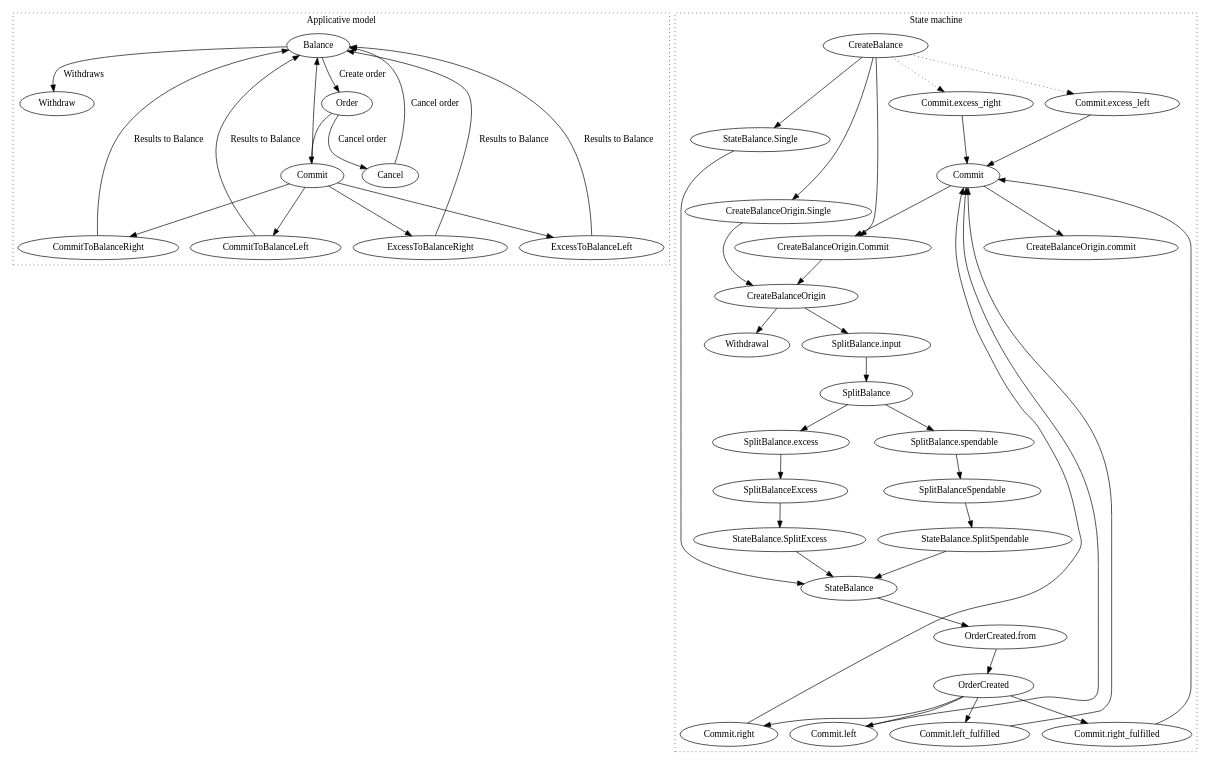
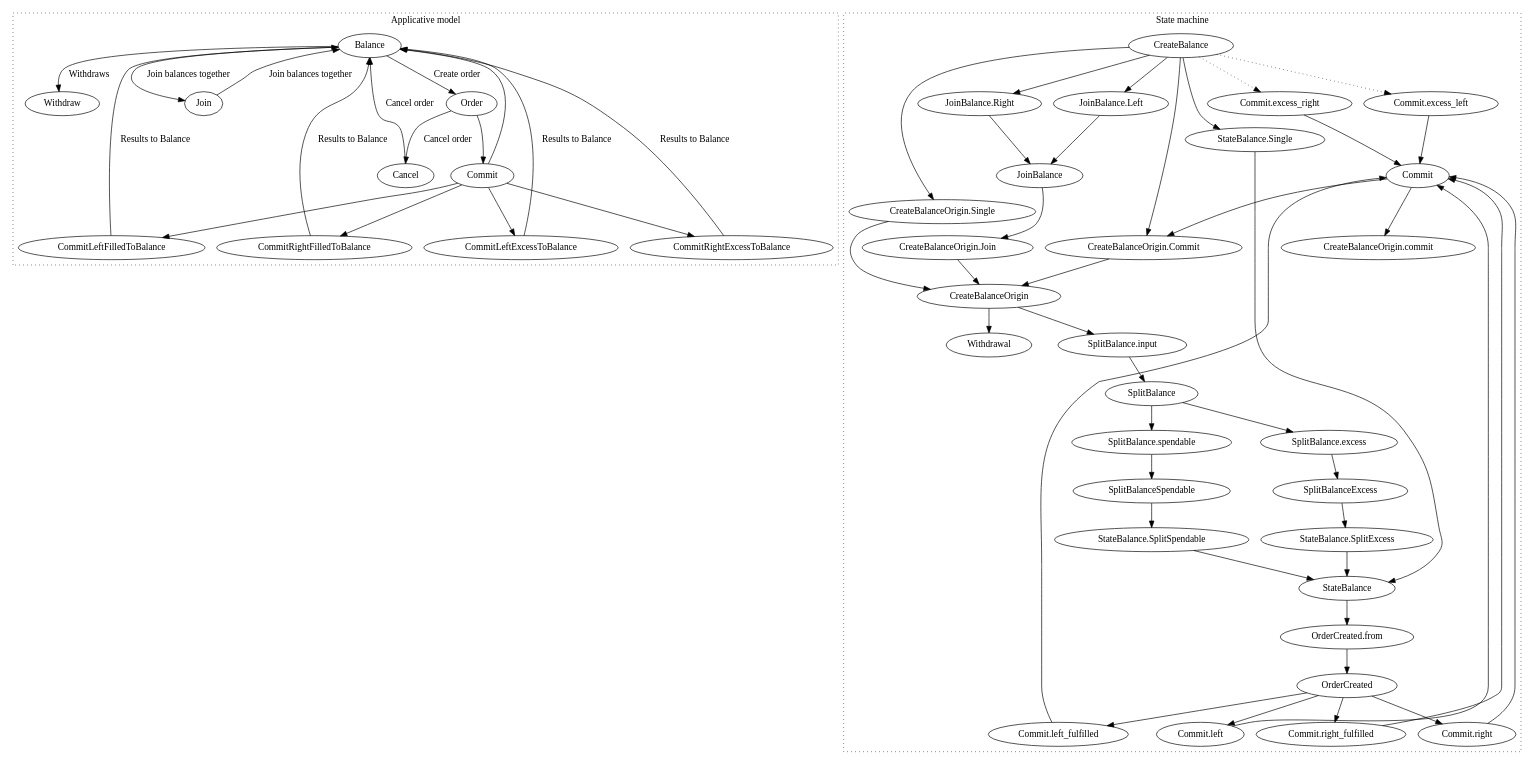
Before and after one commit to fluidity-money/passport.superposition.so: the diagram in diagrams/applicative-and-state-machine.dot, drawn with Graphviz. The commit also changed 4 other files, not shown here.

```diff
--- a/diagrams/applicative-and-state-machine.dot
+++ b/diagrams/applicative-and-state-machine.dot
@@ -1,54 +1,59 @@
 digraph {
   rankdir=TD
   subgraph cluster_Applicative { label="Applicative model"; style=dotted
     Balance -> Withdraw [label="Withdraws"]
     Balance -> Order [label="Create order"]
+    Balance -> Join -> Balance [label="Join balances together"]
     Order -> Cancel -> Balance [label="Cancel order"]
     Order -> Commit -> {
       {
-        CommitToBalanceLeft
-        CommitToBalanceRight
-        ExcessToBalanceLeft
-        ExcessToBalanceRight
+        CommitLeftFilledToBalance
+        CommitRightFilledToBalance
+        CommitLeftExcessToBalance
+        CommitRightExcessToBalance
       } -> Balance [label="Results to Balance"]
     }
   }
   subgraph cluster_StateMachine { label="State machine"; style=dotted
     "StateMachine.commit" [label="Commit"]
     "StateMachine.commit" -> "CreateBalanceOrigin.commit"
     CreateBalance -> {
       "CreateBalanceOrigin.Single"
       "CreateBalanceOrigin.Commit"
     } -> CreateBalanceOrigin -> "SplitBalance.input" -> SplitBalance
+    CreateBalance -> {
+      "JoinBalance.Left"
+      "JoinBalance.Right"
+    } -> JoinBalance -> "CreateBalanceOrigin.Join" -> CreateBalanceOrigin
     SplitBalance -> {
       "SplitBalance.spendable"
       "SplitBalance.excess"
     }
     "SplitBalance.spendable" -> SplitBalanceSpendable -> "StateBalance.SplitSpendable"
     "SplitBalance.excess" -> SplitBalanceExcess -> "StateBalance.SplitExcess"
     {
       "StateBalance.SplitSpendable"
       "StateBalance.SplitExcess"
     } -> StateBalance
     CreateBalanceOrigin -> Withdrawal
     CreateBalance -> "StateBalance.Single" -> StateBalance -> "OrderCreated.from" -> OrderCreated -> {
       "Commit.left"
       "Commit.right"
       "Commit.left_fulfilled"
       "Commit.right_fulfilled"
     }
     CreateBalance -> {
       "Commit.excess_left"
       "Commit.excess_right"
     } [style=dotted]
     {
       "Commit.left"
       "Commit.right"
       "Commit.left_fulfilled"
       "Commit.right_fulfilled"
       "Commit.excess_left"
       "Commit.excess_right"
     } -> "StateMachine.commit"
     "StateMachine.commit" -> "CreateBalanceOrigin.Commit"
   }
 }
```
